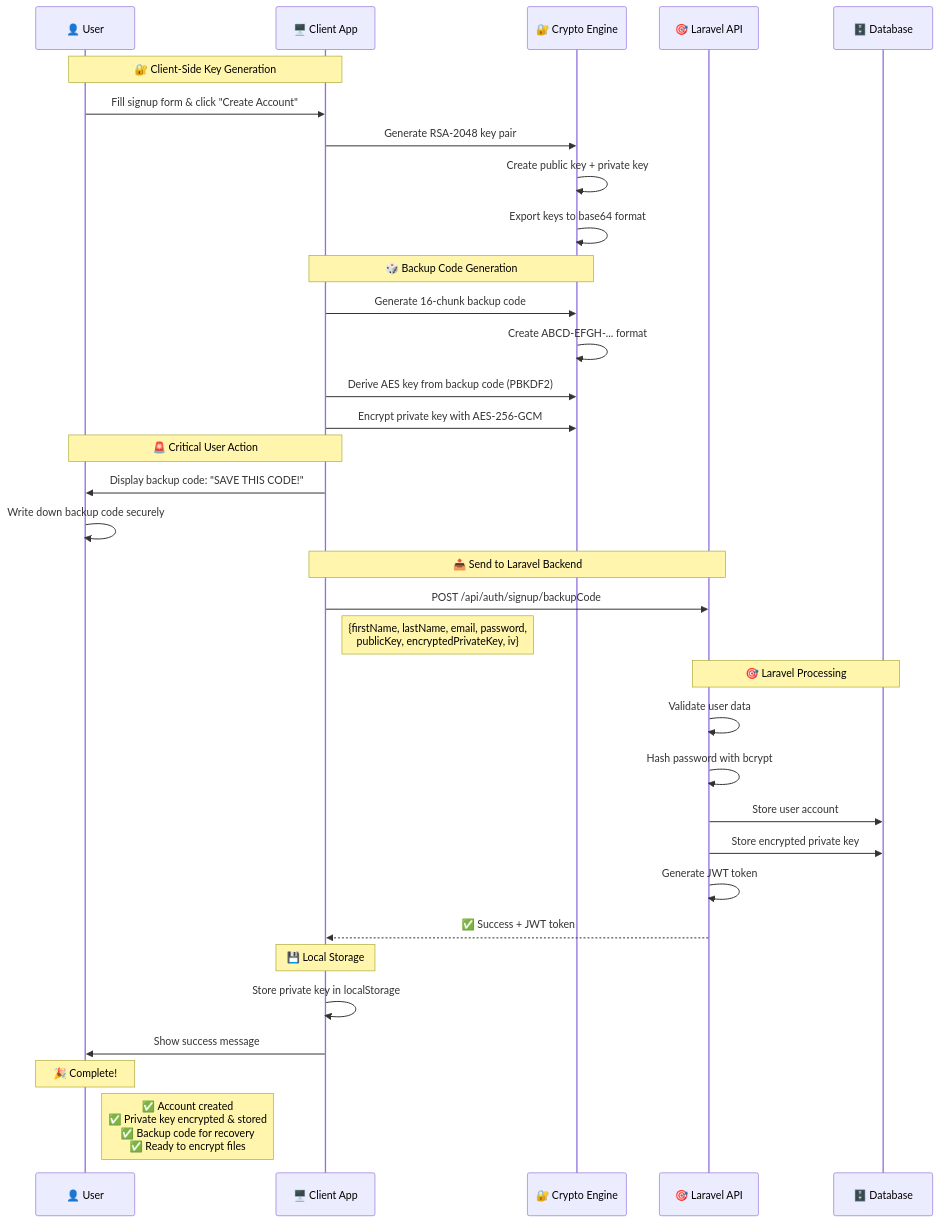
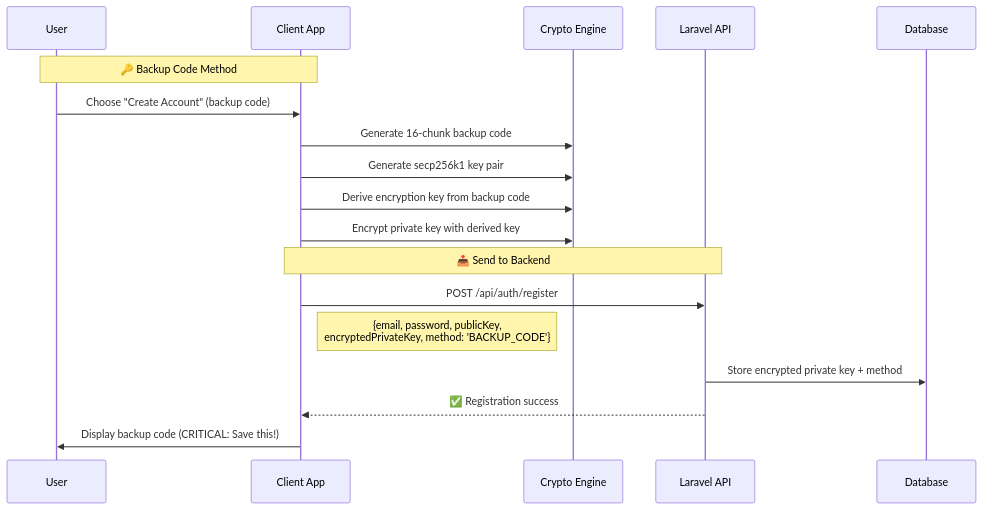
The second of 4 diagrams in client-side/README.md (MossabMilha/OM-VaultChain), drawn with Mermaid before and after one commit. The commit also changed other lines of this file, not shown here.

````diff
--- a/client-side/README.md
+++ b/client-side/README.md
@@ -124,43 +238,23 @@
 ```mermaid
 sequenceDiagram
-    participant U as 👤 User
-    participant C as 🖥️ Client App
-    participant Crypto as 🔐 Crypto Engine
-    participant L as 🎯 Laravel API
-    participant DB as 🗄️ Database
+    participant U as User
+    participant C as Client App
+    participant Crypto as Crypto Engine
+    participant API as Laravel API
+    participant DB as Database
 
-    Note over U,C: 🔐 Client-Side Key Generation
-    U->>C: Fill signup form & click "Create Account"
-    C->>Crypto: Generate RSA-2048 key pair
-    Crypto->>Crypto: Create public key + private key
-    Crypto->>Crypto: Export keys to base64 format
-
-    Note over C,Crypto: 🎲 Backup Code Generation
+    Note over U,C: 🔑 Backup Code Method
+    U->>C: Choose "Create Account" (backup code)
     C->>Crypto: Generate 16-chunk backup code
-    Crypto->>Crypto: Create ABCD-EFGH-... format
-    C->>Crypto: Derive AES key from backup code (PBKDF2)
-    C->>Crypto: Encrypt private key with AES-256-GCM
-
-    Note over C,U: 🚨 Critical User Action
-    C->>U: Display backup code: "SAVE THIS CODE!"
-    U->>U: Write down backup code securely
-
-    Note over C,L: 📤 Send to Laravel Backend
-    C->>L: POST /api/auth/signup/backupCode
-    Note right of C: {firstName, lastName, email, password,<br/>publicKey, encryptedPrivateKey, iv}
-
-    Note over L,DB: 🎯 Laravel Processing
-    L->>L: Validate user data
-    L->>L: Hash password with bcrypt
-    L->>DB: Store user account
-    L->>DB: Store encrypted private key
-    L->>L: Generate JWT token
-    L-->>C: ✅ Success + JWT token
-
-    Note over C: 💾 Local Storage
-    C->>C: Store private key in localStorage
-    C->>U: Show success message
-
-    Note over U: 🎉 Complete!
-    Note right of U: ✅ Account created<br/>✅ Private key encrypted & stored<br/>✅ Backup code for recovery<br/>✅ Ready to encrypt files
+    C->>Crypto: Generate secp256k1 key pair
+    C->>Crypto: Derive encryption key from backup code
+    C->>Crypto: Encrypt private key with derived key
+    
+    Note over C,API: 📤 Send to Backend
+    C->>API: POST /api/auth/register
+    Note right of C: {email, password, publicKey,<br/>encryptedPrivateKey, method: 'BACKUP_CODE'}
+    
+    API->>DB: Store encrypted private key + method
+    API-->>C: ✅ Registration success
+    C->>U: Display backup code (CRITICAL: Save this!)
 ```
````
